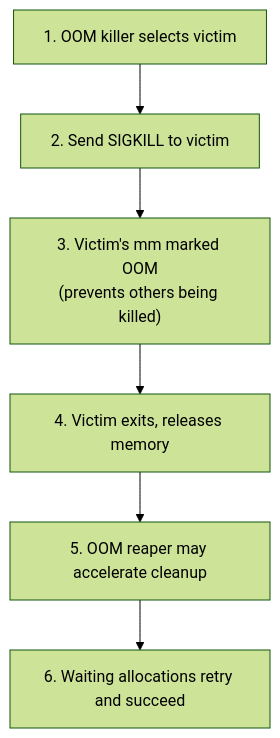
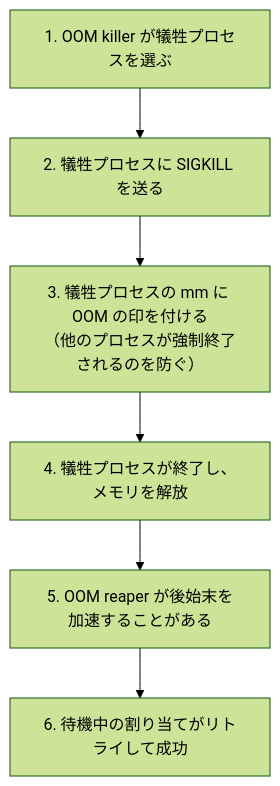
Before and after one commit to doguto/linux-kernel-internals-jp: the sixth of 8 diagrams in docs/mm/oom.md, drawn with Mermaid (forest theme). The commit also changed other lines of this file and 1 other file, not shown here.

````diff
--- a/docs/mm/oom.md
+++ b/docs/mm/oom.md
@@ -423,8 +423,8 @@
 ```mermaid
 flowchart TB
-    A["1. OOM killer selects victim"] --> B["2. Send SIGKILL to victim"]
-    B --> C["3. Victim's mm marked OOM<br/>(prevents others being killed)"]
-    C --> D["4. Victim exits, releases memory"]
-    D --> E["5. OOM reaper may accelerate cleanup"]
-    E --> F["6. Waiting allocations retry and succeed"]
+    A["1. OOM killer が犠牲プロセスを選ぶ"] --> B["2. 犠牲プロセスに SIGKILL を送る"]
+    B --> C["3. 犠牲プロセスの mm に OOM の印を付ける<br/>（他のプロセスが強制終了されるのを防ぐ）"]
+    C --> D["4. 犠牲プロセスが終了し、メモリを解放"]
+    D --> E["5. OOM reaper が後始末を加速することがある"]
+    E --> F["6. 待機中の割り当てがリトライして成功"]
 ```
````
